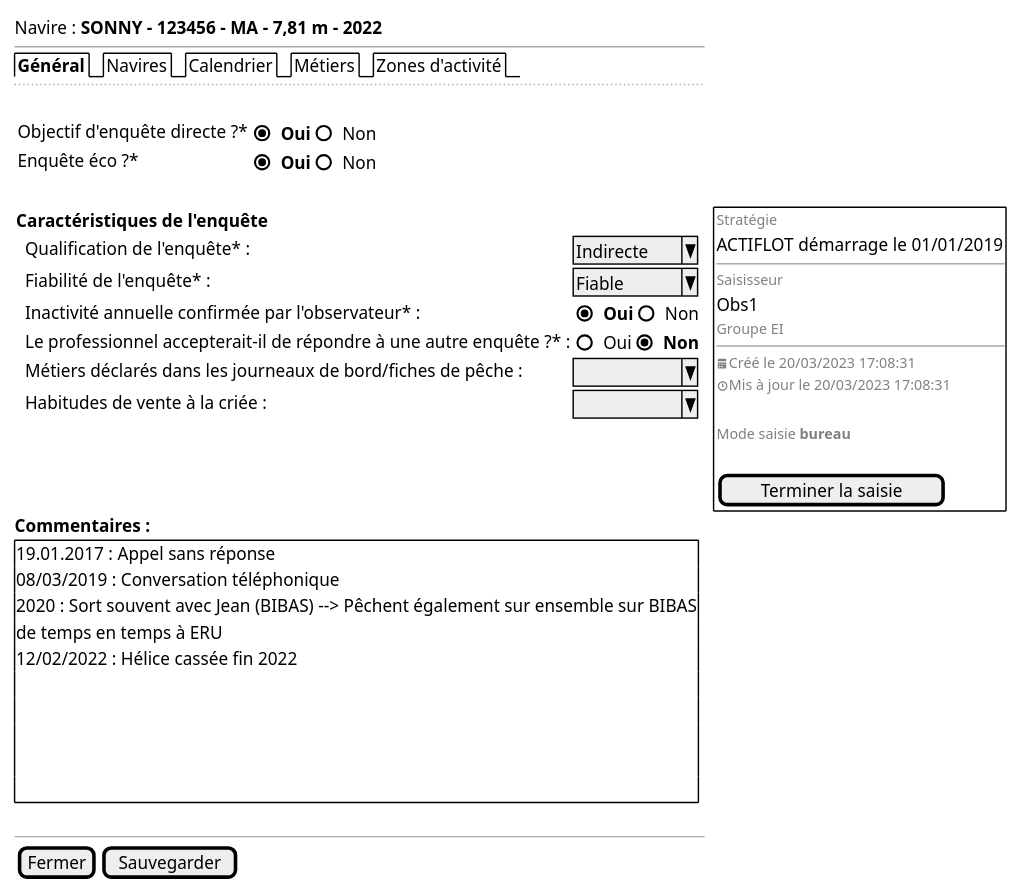
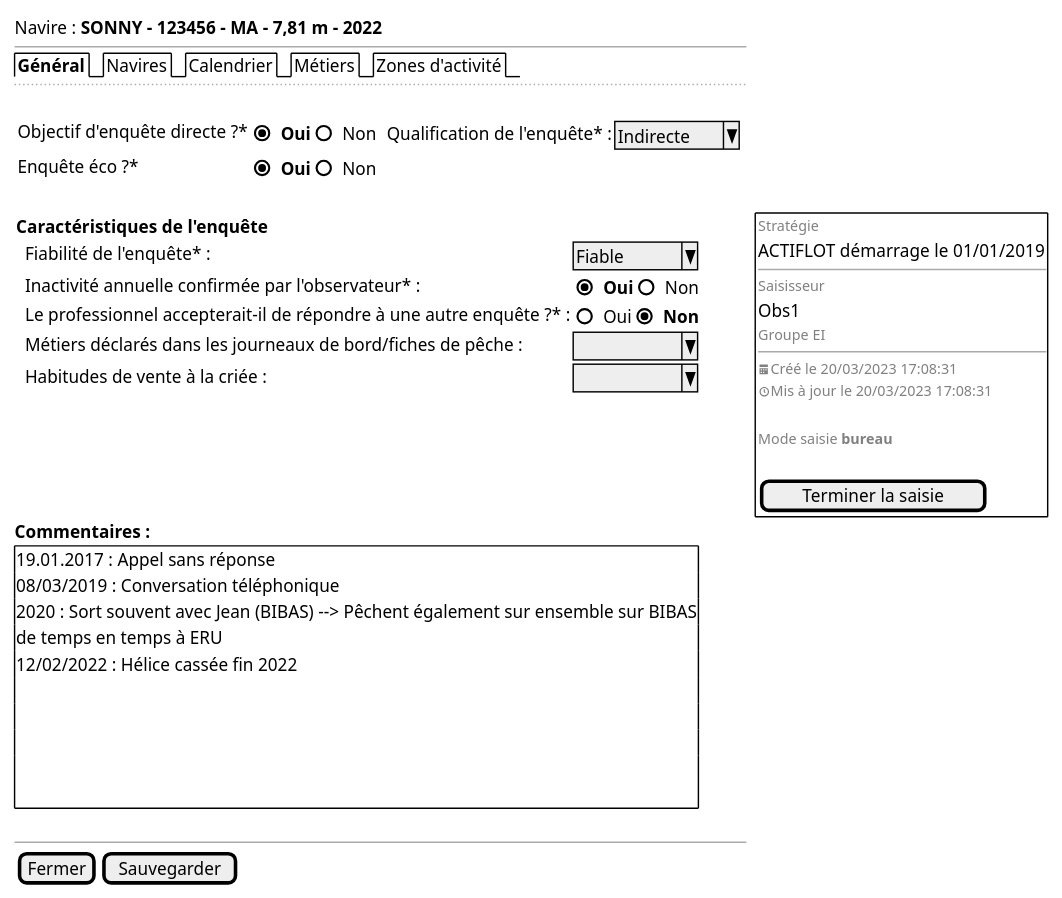
Before and after one commit to sumaris-net/sumaris-doc: the diagram in projects/activity-calendar/spe/images/activity-calendar-new-general.puml, drawn with PlantUML. The commit also changed 6 other files, not shown here.

```diff
--- a/projects/activity-calendar/spe/images/activity-calendar-new-general.puml
+++ b/projects/activity-calendar/spe/images/activity-calendar-new-general.puml
@@ -1,55 +1,55 @@
 @startsalt
 {
   Navire : <b>SONNY - 123456 - MA - 7,81 m - 2022
   --
   {/ <b>Général | Navires | Calendrier | Métiers | Zones d'activité}
   ..
   .
   {{
-    Objectif d'enquête directe ?* | { (X) <b>Oui | () Non }
+    Objectif d'enquête directe ?* | { (X) <b>Oui | () Non | . | Qualification de l'enquête* : | ^Indirecte^}
     Enquête éco ?* | { (X) <b>Oui | () Non }} |
   }
   .
   {
   <b>Caractéristiques de l'enquête
      {
-     . | Qualification de l'enquête* : | ^Indirecte^
+
      . | Fiabilité de l'enquête* : | ^Fiable   ^
      . | Inactivité annuelle confirmée par l'observateur* : | { (X) <b>Oui | () Non }
      . | Le professionnel accepterait-il de répondre à une autre enquête ?* : | { () Oui | (X) <b>Non }
      . | Métiers déclarés dans les journeaux de bord/fiches de pêche : | ^         ^
      . | Habitudes de vente à la criée : | ^         ^
      }
   } . {+
                            {
                            <font color=grey size=10>Stratégie
                            ACTIFLOT démarrage le 01/01/2019
                            --
                            <font color=grey size=10>Saisisseur
                            Obs1
                            <font color=grey size=10>Groupe EI
                            --
                            <font color=grey size=10><&calendar>Créé le 20/03/2023 17:08:31
                            <font color=grey size=10><&clock>Mis à jour le 20/03/2023 17:08:31
                            .
                            <font color=grey size=10>Mode saisie <b>bureau
                            .
                            [ Terminer la saisie]
                            }}
     <b>Commentaires :
          {+ 19.01.2017 : Appel sans réponse
             08/03/2019 : Conversation téléphonique
             2020 : Sort souvent avec Jean (BIBAS) --> Pêchent également sur ensemble sur BIBAS
             de temps en temps à ERU
             12/02/2022 : Hélice cassée fin 2022
             .
             .
             .
             .
             .
          }
   .
   --
   { [Fermer] | [Sauvegarder] }
 }
 @endsalt
```
